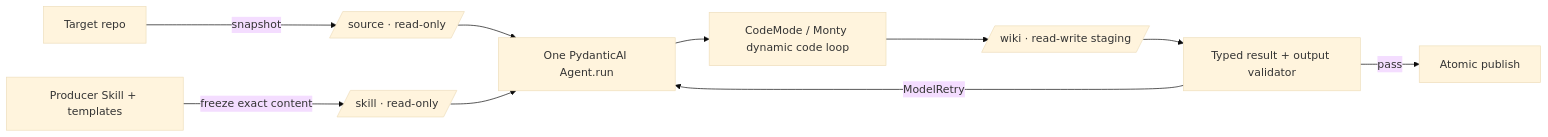
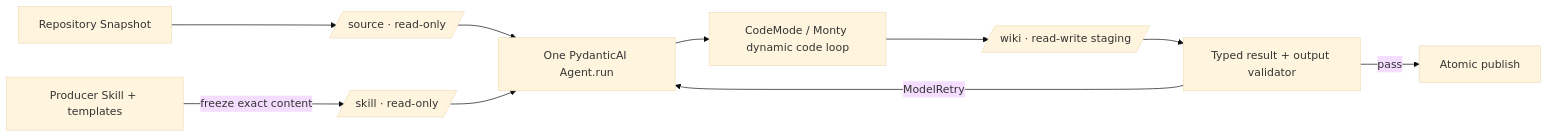
Before and after one commit to cyberspacelee/open-okf-wiki: the diagram in docs/research/pydanticai-greenfield-repo-to-wiki.md, drawn with Mermaid (base theme). The commit also changed other lines of this file and 16 other files, not shown here.

````diff
--- a/docs/research/pydanticai-greenfield-repo-to-wiki.md
+++ b/docs/research/pydanticai-greenfield-repo-to-wiki.md
@@ -212,12 +212,12 @@
 ```mermaid
 flowchart LR
-    R[Target repo] -->|snapshot| S[/source · read-only/]
+    R[Repository Snapshot] --> S[/source · read-only/]
     K[Producer Skill + templates] -->|freeze exact content| P[/skill · read-only/]
     S --> A[One PydanticAI Agent.run]
     P --> A
     A --> C[CodeMode / Monty dynamic code loop]
     C --> W[/wiki · read-write staging/]
     W --> V[Typed result + output validator]
     V -->|pass| O[Atomic publish]
     V -->|ModelRetry| A
 ```
````
